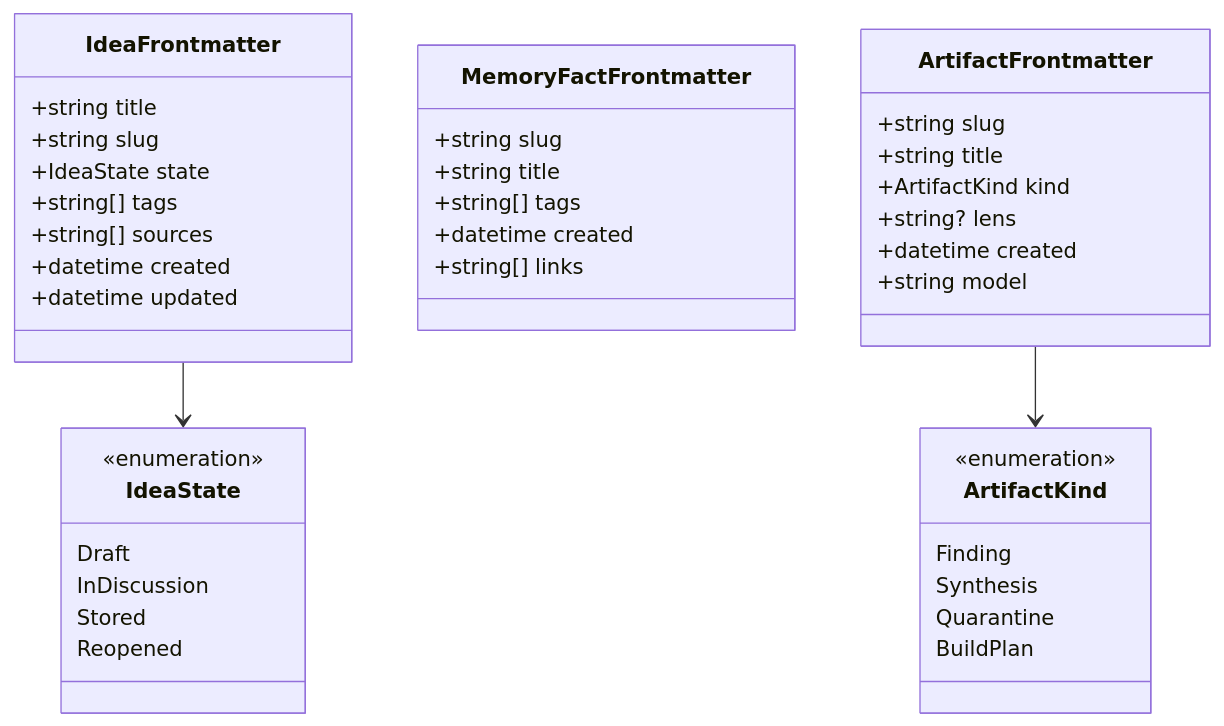
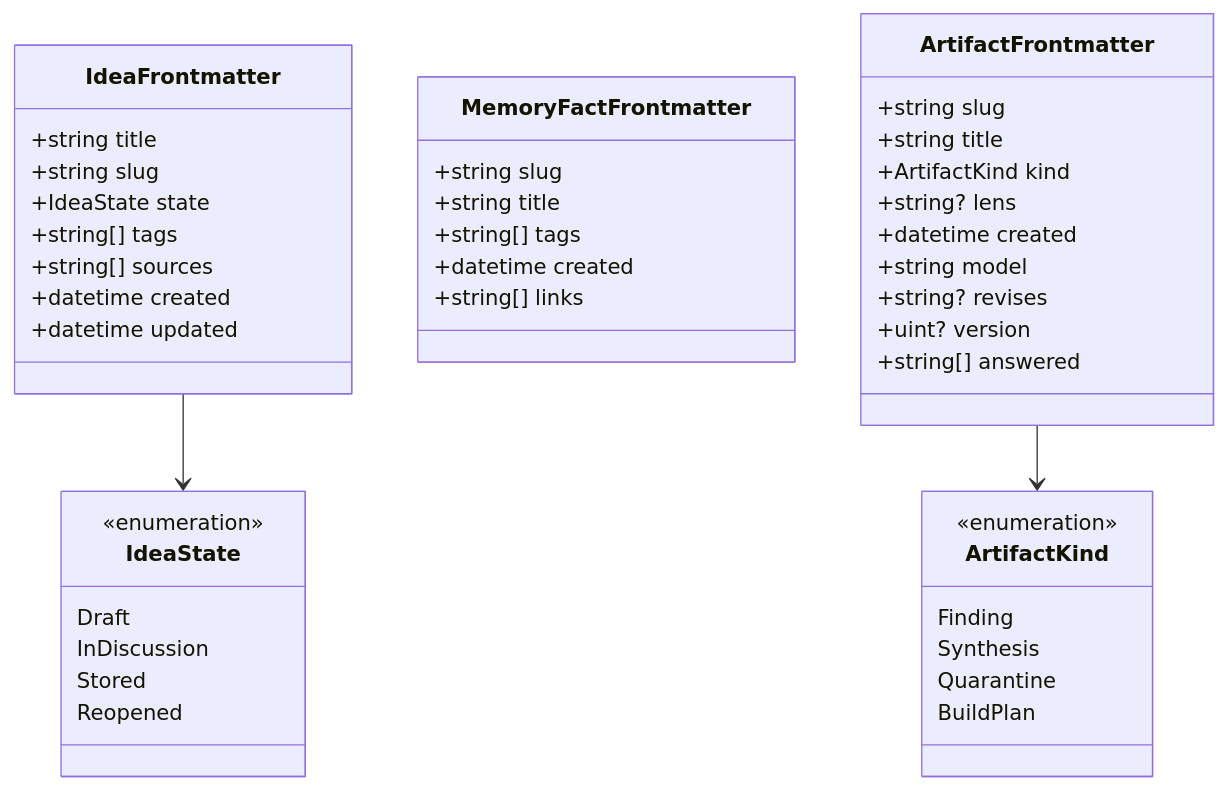
The second of 5 diagrams in docs/03-data-model.md (jasdian/idea-vault), drawn with Mermaid before and after one commit. The commit also changed other lines of this file and 16 other files, not shown here.

````diff
--- a/docs/03-data-model.md
+++ b/docs/03-data-model.md
@@ -189,43 +190,46 @@
 ```mermaid
 classDiagram
     class IdeaFrontmatter {
         +string title
         +string slug
         +IdeaState state
         +string[] tags
         +string[] sources
         +datetime created
         +datetime updated
     }
     class IdeaState {
         <<enumeration>>
         Draft
         InDiscussion
         Stored
         Reopened
     }
     class MemoryFactFrontmatter {
         +string slug
         +string title
         +string[] tags
         +datetime created
         +string[] links
     }
     class ArtifactFrontmatter {
         +string slug
         +string title
         +ArtifactKind kind
         +string? lens
         +datetime created
         +string model
+        +string? revises
+        +uint? version
+        +string[] answered
     }
     class ArtifactKind {
         <<enumeration>>
         Finding
         Synthesis
         Quarantine
         BuildPlan
     }
     IdeaFrontmatter --> IdeaState
     ArtifactFrontmatter --> ArtifactKind
 ```
````
